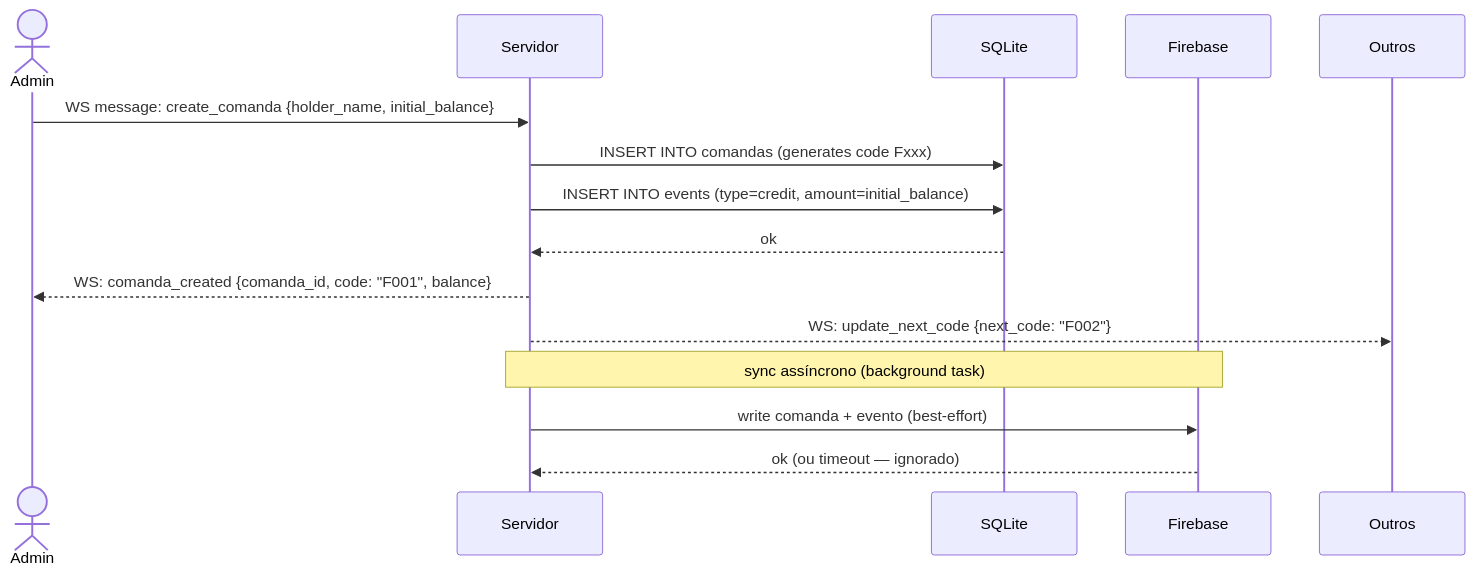
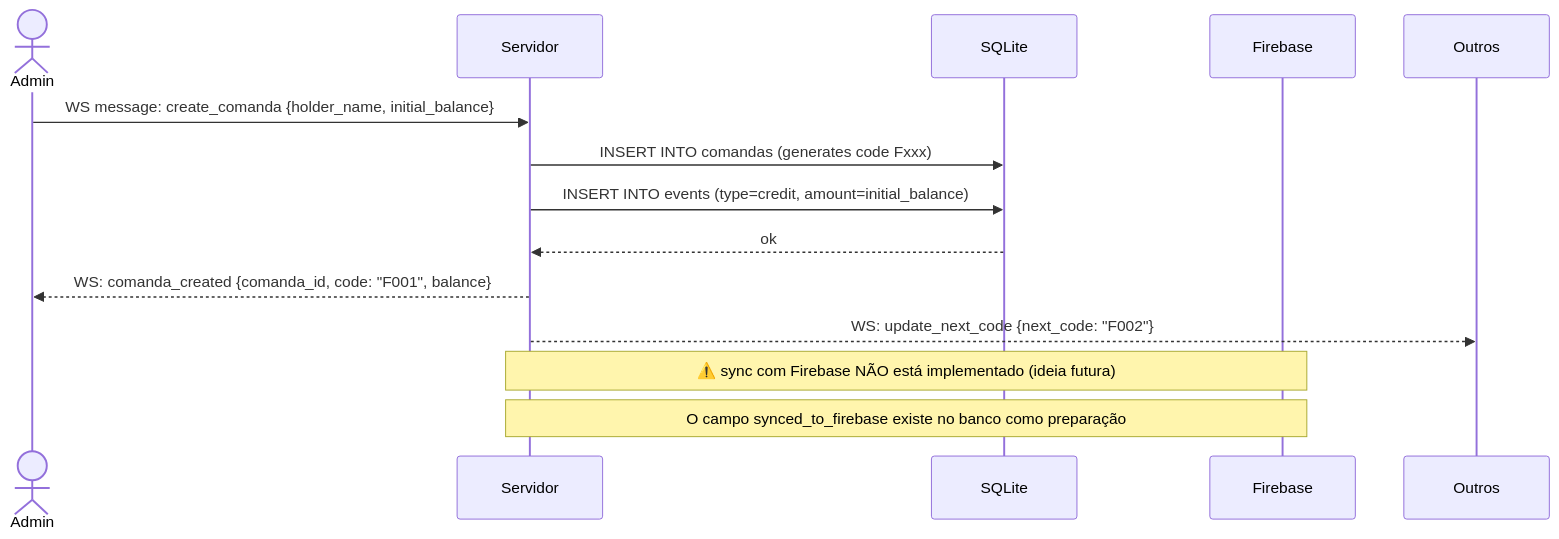
Before and after one commit to fiorionrails/feira-da-troca: the first of 5 diagrams in docs/diagrams/sequence.md, drawn with Mermaid. The commit also changed other lines of this file and 3 other files, not shown here.

````diff
--- a/docs/diagrams/sequence.md
+++ b/docs/diagrams/sequence.md
@@ -11,18 +11,17 @@
 ```mermaid
 sequenceDiagram
     actor Admin
     participant API as Servidor
     participant DB as SQLite
     participant FB as Firebase
 
     Admin->>API: WS message: create_comanda {holder_name, initial_balance}
     API->>DB: INSERT INTO comandas (generates code Fxxx)
     API->>DB: INSERT INTO events (type=credit, amount=initial_balance)
     DB-->>API: ok
     API-->>Admin: WS: comanda_created {comanda_id, code: "F001", balance}
     API-->>Outros: WS: update_next_code {next_code: "F002"}
     
-    Note over API,FB: sync assíncrono (background task)
-    API->>FB: write comanda + evento (best-effort)
-    FB-->>API: ok (ou timeout — ignorado)
+    Note over API,FB: ⚠️ sync com Firebase NÃO está implementado (ideia futura)
+    Note over API,FB: O campo synced_to_firebase existe no banco como preparação
 ```
````
